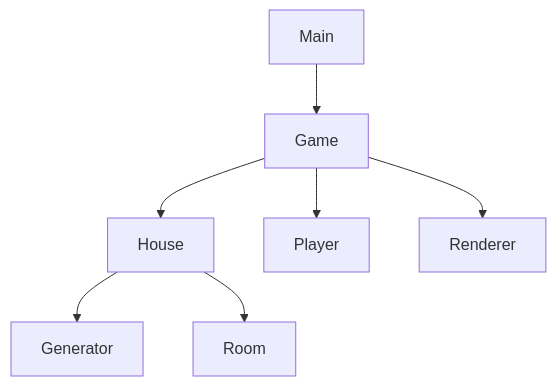
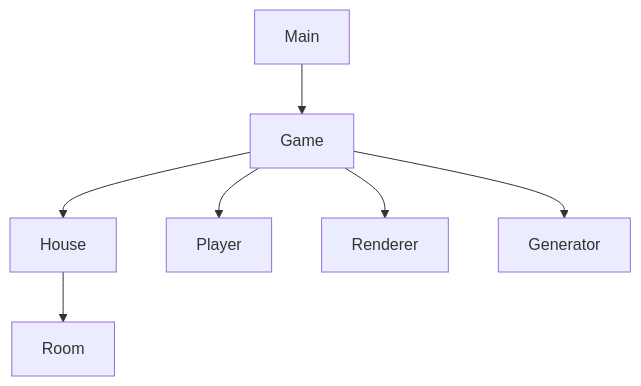
One commit to RealMyrdn/adventure_maven changed the diagram in README.md. Above: the diagram before and after it, drawn with Mermaid.

````diff
--- a/README.md
+++ b/README.md
@@ -2,9 +2,9 @@
 ```mermaid
   graph TD;
       Main-->Game;
       Game-->House;
       Game-->Player;
       Game-->Renderer;
-      House-->Generator;
+      Game-->Generator;
       House-->Room
 ```
````
